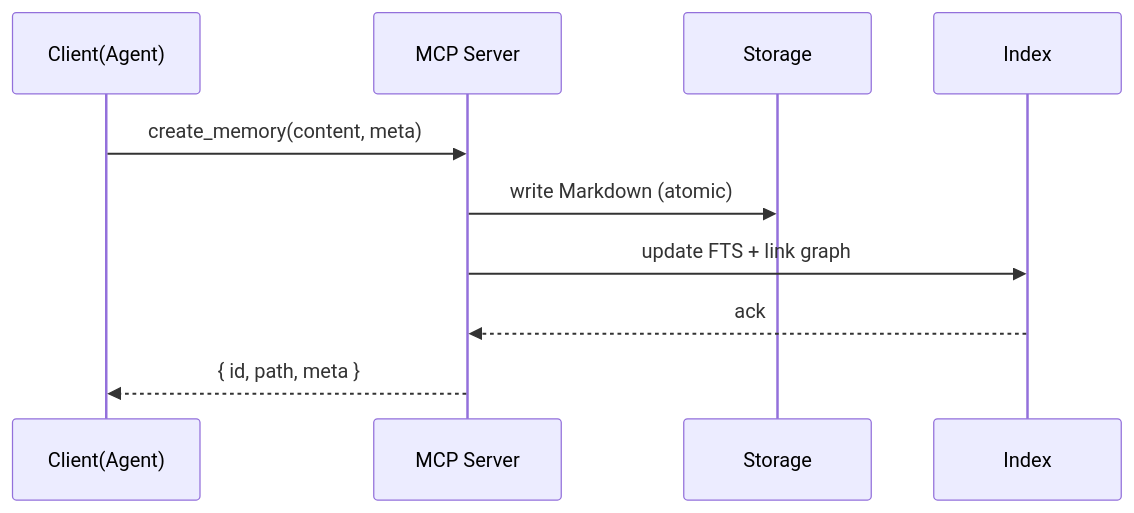
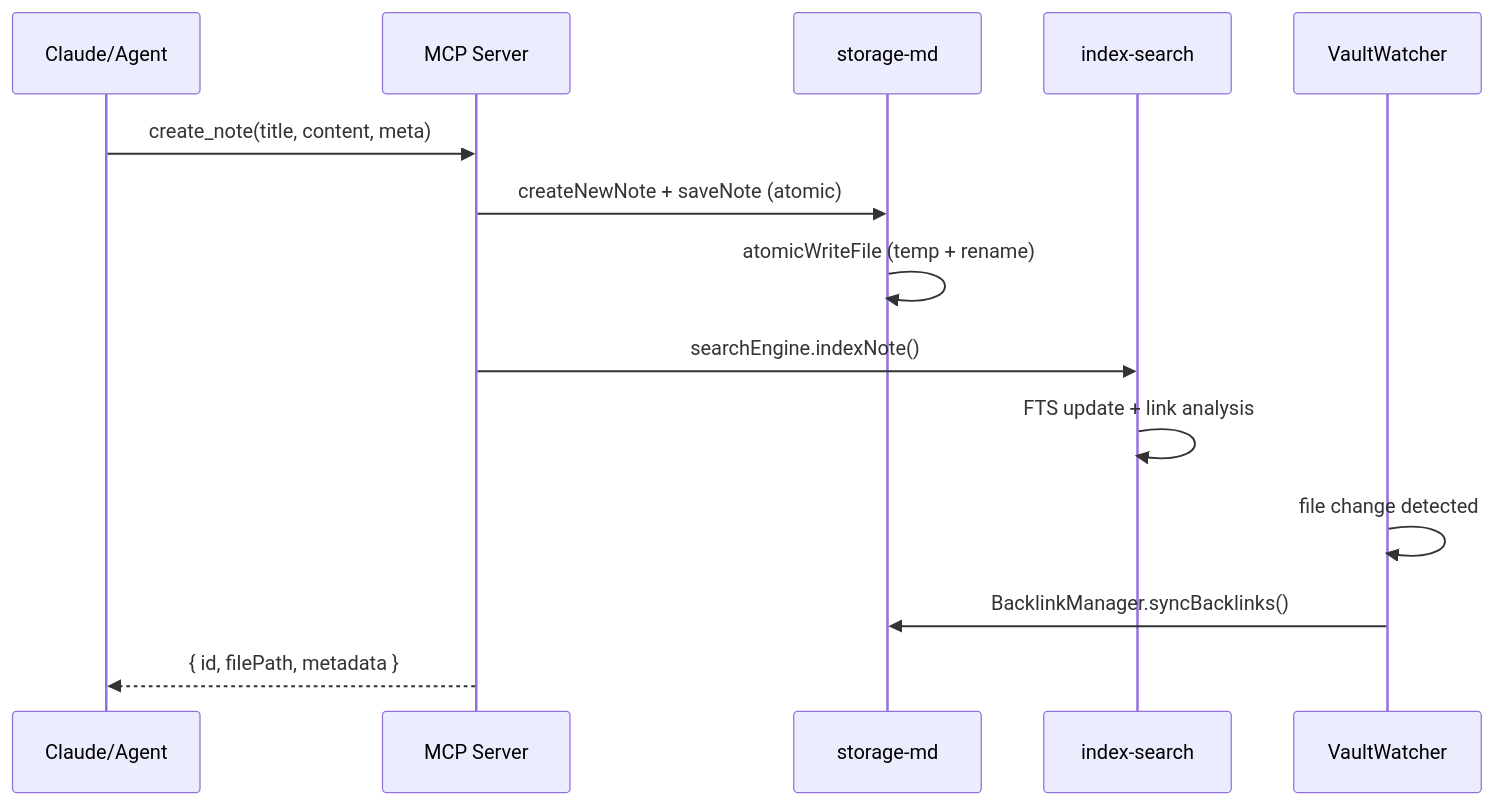
The first of 3 diagrams in docs/ARCHITECTURE.md (inchan/memory-mcp), drawn with Mermaid before and after one commit. The commit also changed other lines of this file and 29 other files, not shown here.

First line of the commit message:
feat: complete core implementation with storage, search, and backlink management

````diff
--- a/docs/ARCHITECTURE.md
+++ b/docs/ARCHITECTURE.md
@@ -19,13 +45,17 @@
 ```mermaid
 sequenceDiagram
-    participant Client as Client(Agent)
+    participant Client as Claude/Agent
     participant MCP as MCP Server
-    participant Storage as Storage
-    participant Index as Index
+    participant Storage as storage-md
+    participant Index as index-search
+    participant Watcher as VaultWatcher
 
-    Client->>MCP: create_memory(content, meta)
-    MCP->>Storage: write Markdown (atomic)
-    MCP->>Index: update FTS + link graph
-    Index-->>MCP: ack
-    MCP-->>Client: { id, path, meta }
+    Client->>MCP: create_note(title, content, meta)
+    MCP->>Storage: createNewNote + saveNote (atomic)
+    Storage->>Storage: atomicWriteFile (temp + rename)
+    MCP->>Index: searchEngine.indexNote()
+    Index->>Index: FTS update + link analysis
+    Watcher->>Watcher: file change detected
+    Watcher->>Storage: BacklinkManager.syncBacklinks()
+    MCP-->>Client: { id, filePath, metadata }
 ```
````
